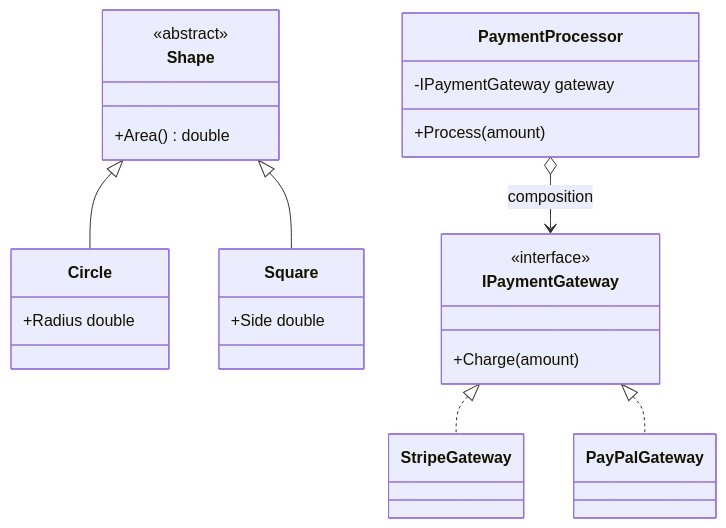
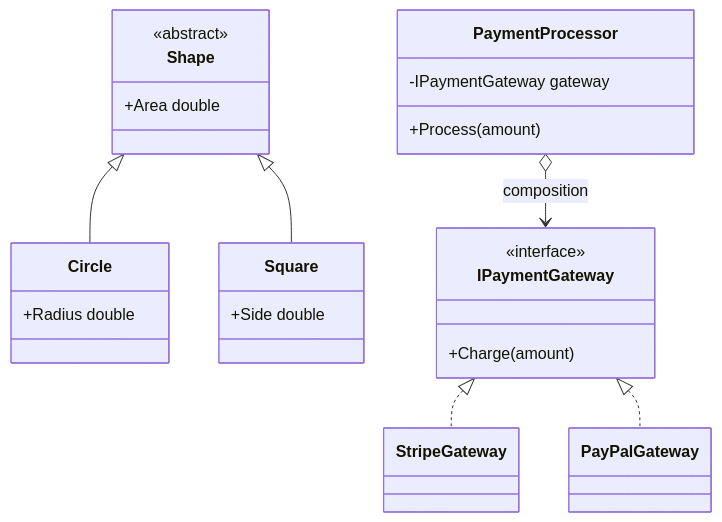
Before and after one commit to umashankarp/InterviewQuestions: the diagram in 09-OOP/01-OOP-Fundamentals-Advanced.md, drawn with Mermaid. The commit also changed other lines of this file and 173 other files, not shown here.

````diff
--- a/09-OOP/01-OOP-Fundamentals-Advanced.md
+++ b/09-OOP/01-OOP-Fundamentals-Advanced.md
@@ -47,25 +47,25 @@
 ```mermaid
 classDiagram
-    class Shape {
-        <<abstract>>
-        +Area() double
-    }
-    class Circle { +Radius double }
-    class Square { +Side double }
-    Shape <|-- Circle
-    Shape <|-- Square
+ class Shape {
+ <<abstract>>
+ +Area double
+ }
+ class Circle { +Radius double }
+ class Square { +Side double }
+ Shape <|-- Circle
+ Shape <|-- Square
 
-    class PaymentProcessor {
-        -IPaymentGateway gateway
-        +Process(amount)
-    }
-    class IPaymentGateway {
-        <<interface>>
-        +Charge(amount)
-    }
-    class StripeGateway
-    class PayPalGateway
-    PaymentProcessor o--> IPaymentGateway : composition
-    IPaymentGateway <|.. StripeGateway
-    IPaymentGateway <|.. PayPalGateway
+ class PaymentProcessor {
+ -IPaymentGateway gateway
+ +Process(amount)
+ }
+ class IPaymentGateway {
+ <<interface>>
+ +Charge(amount)
+ }
+ class StripeGateway
+ class PayPalGateway
+ PaymentProcessor o--> IPaymentGateway: composition
+ IPaymentGateway <|.. StripeGateway
+ IPaymentGateway <|.. PayPalGateway
 ```
````
